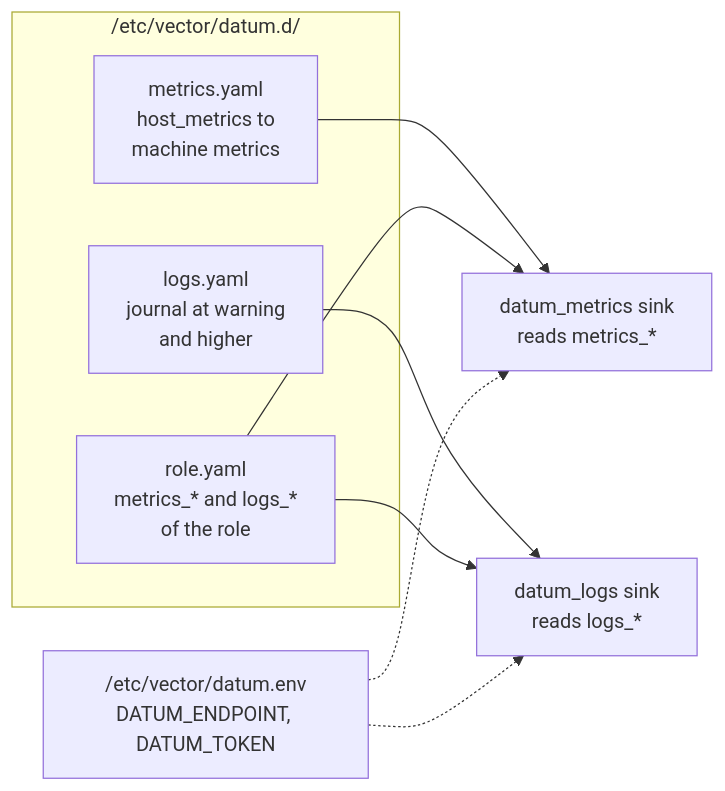
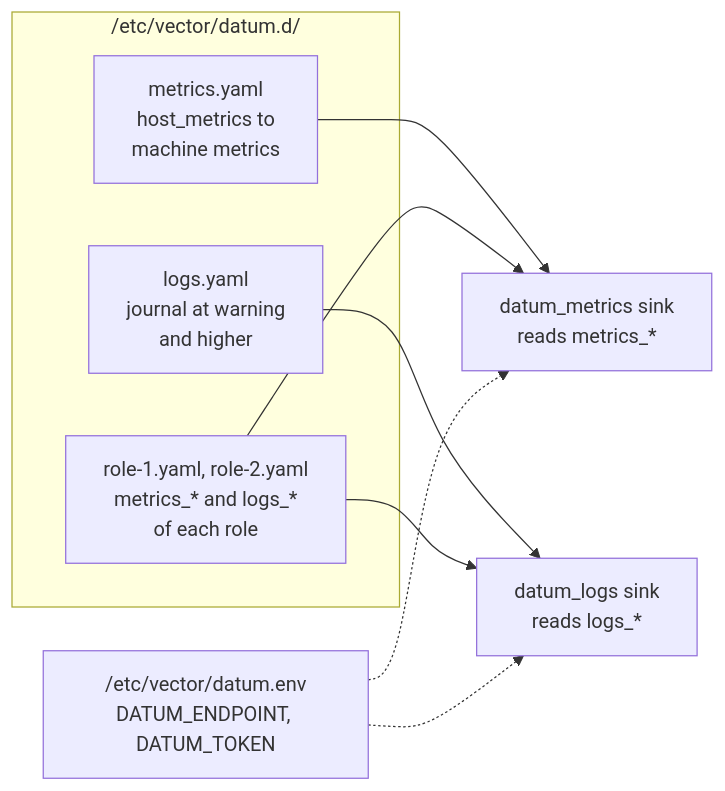
One commit to frappe/beacon changed the second of 2 diagrams in docs/telemetry.md. Above: the diagram before and after it, drawn with Mermaid. The commit also changed other lines of this file, not shown here.

Commit message:
docs(beacon): Name one role file for each role of the machine

````diff
--- a/docs/telemetry.md
+++ b/docs/telemetry.md
@@ -142,15 +142,15 @@
 ```mermaid
 flowchart LR
     subgraph agent["/etc/vector/datum.d/"]
         metrics["metrics.yaml<br/>host_metrics to<br/>machine metrics"]
         logs["logs.yaml<br/>journal at warning<br/>and higher"]
-        role["role.yaml<br/>metrics_* and logs_*<br/>of the role"]
+        role["role-1.yaml, role-2.yaml<br/>metrics_* and logs_*<br/>of each role"]
     end
     env["/etc/vector/datum.env<br/>DATUM_ENDPOINT, DATUM_TOKEN"]
     metrics --> sink1["datum_metrics sink<br/>reads metrics_*"]
     role --> sink1
     logs --> sink2["datum_logs sink<br/>reads logs_*"]
     role --> sink2
     env -.-> sink1
     env -.-> sink2
 ```
````
